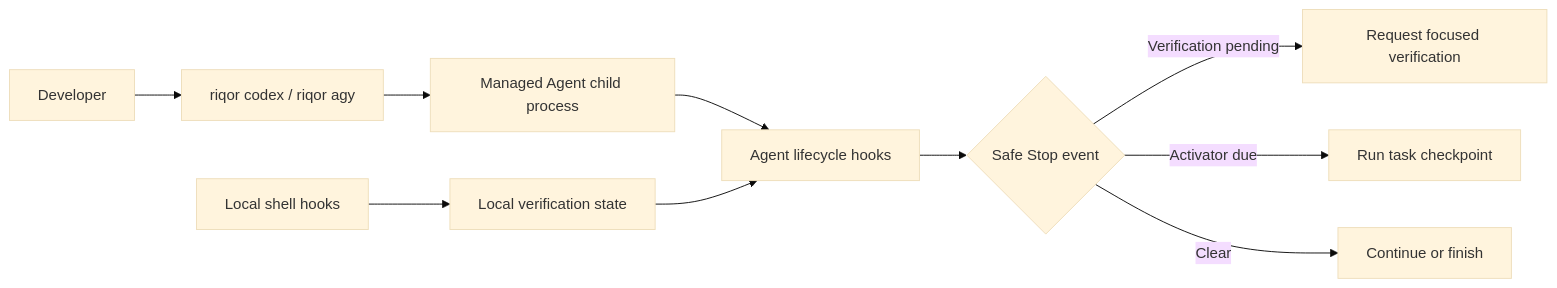
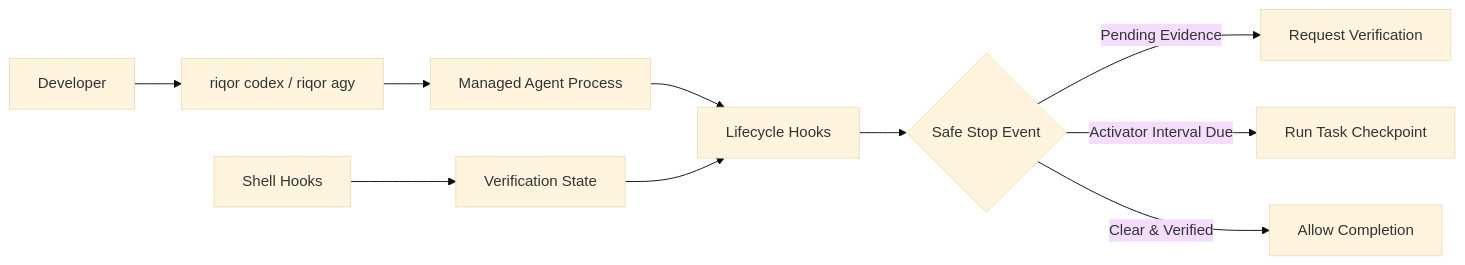
One commit to imMamdouhaboammar/riqor changed the diagram in README.md. Above: the diagram before and after it, drawn with Mermaid (base theme). The commit also changed other lines of this file and 25 other files, not shown here.

````diff
--- a/README.md
+++ b/README.md
@@ -98,12 +127,12 @@
 ```mermaid
 flowchart LR
     U[Developer] --> R[riqor codex / riqor agy]
-    R --> C[Managed Agent child process]
-    C --> H[Agent lifecycle hooks]
-    T[Local shell hooks] --> S[Local verification state]
+    R --> C[Managed Agent Process]
+    C --> H[Lifecycle Hooks]
+    T[Shell Hooks] --> S[Verification State]
     S --> H
-    H --> E{Safe Stop event}
-    E -->|Verification pending| V[Request focused verification]
-    E -->|Activator due| A[Run task checkpoint]
-    E -->|Clear| D[Continue or finish]
+    H --> E{Safe Stop Event}
+    E -->|Pending Evidence| V[Request Verification]
+    E -->|Activator Interval Due| A[Run Task Checkpoint]
+    E -->|Clear & Verified| D[Allow Completion]
 ```
````
